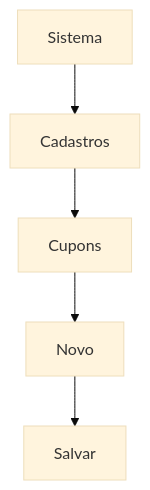
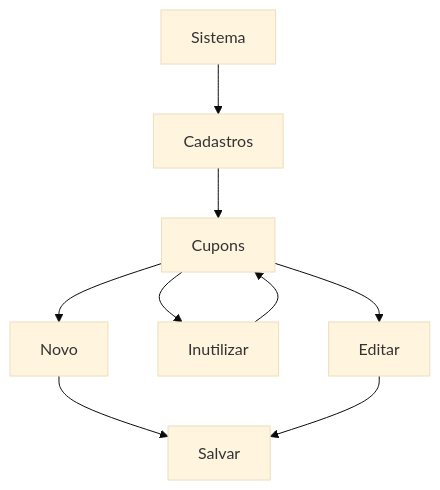
Before and after one commit to ronye011/Projeto-DevEvolution: the third of 4 diagrams in README.md, drawn with Mermaid (base theme).

````diff
--- a/README.md
+++ b/README.md
@@ -112,7 +112,11 @@
 ```mermaid
 graph TD;
     Sistema--> Cadastros;
     Cadastros --> Cupons;
     Cupons --> Novo;
     Novo --> Salvar;
+    Cupons --> Inutilizar;
+    Cupons --> Editar;
+    Inutilizar --> Cupons;
+    Editar --> Salvar;
 ```
````
